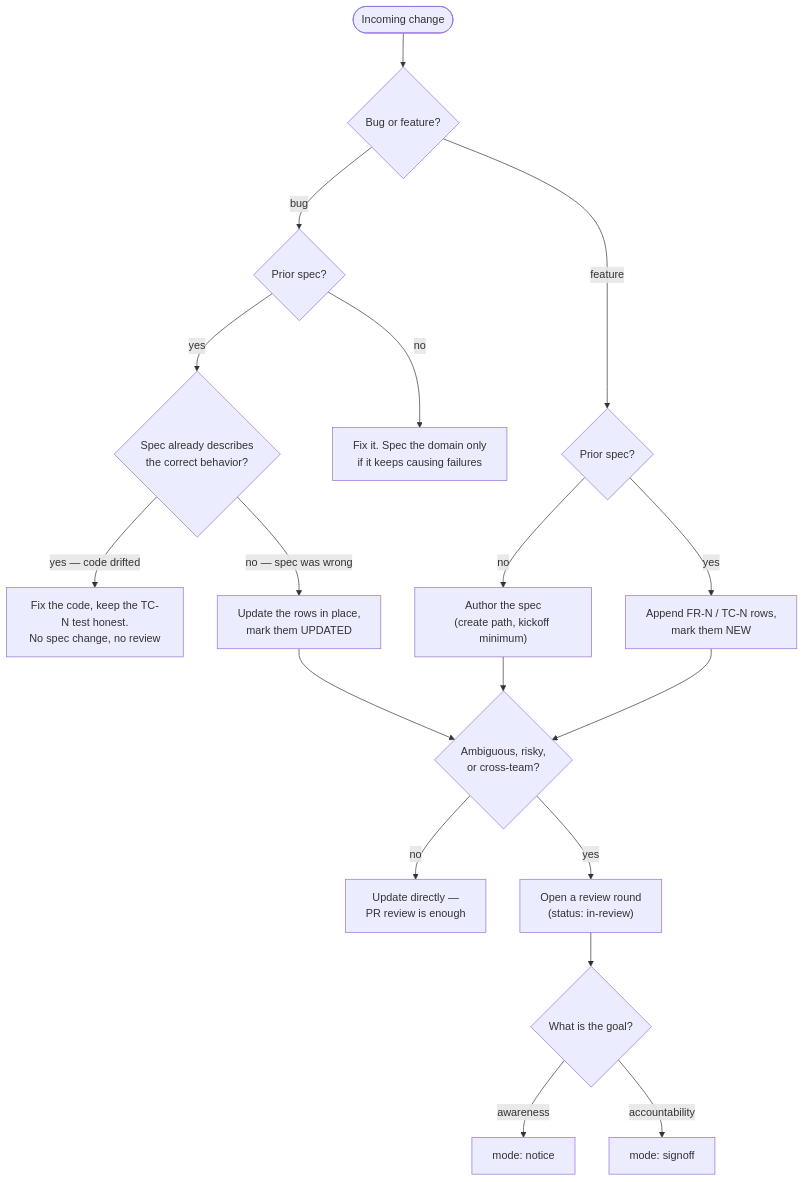
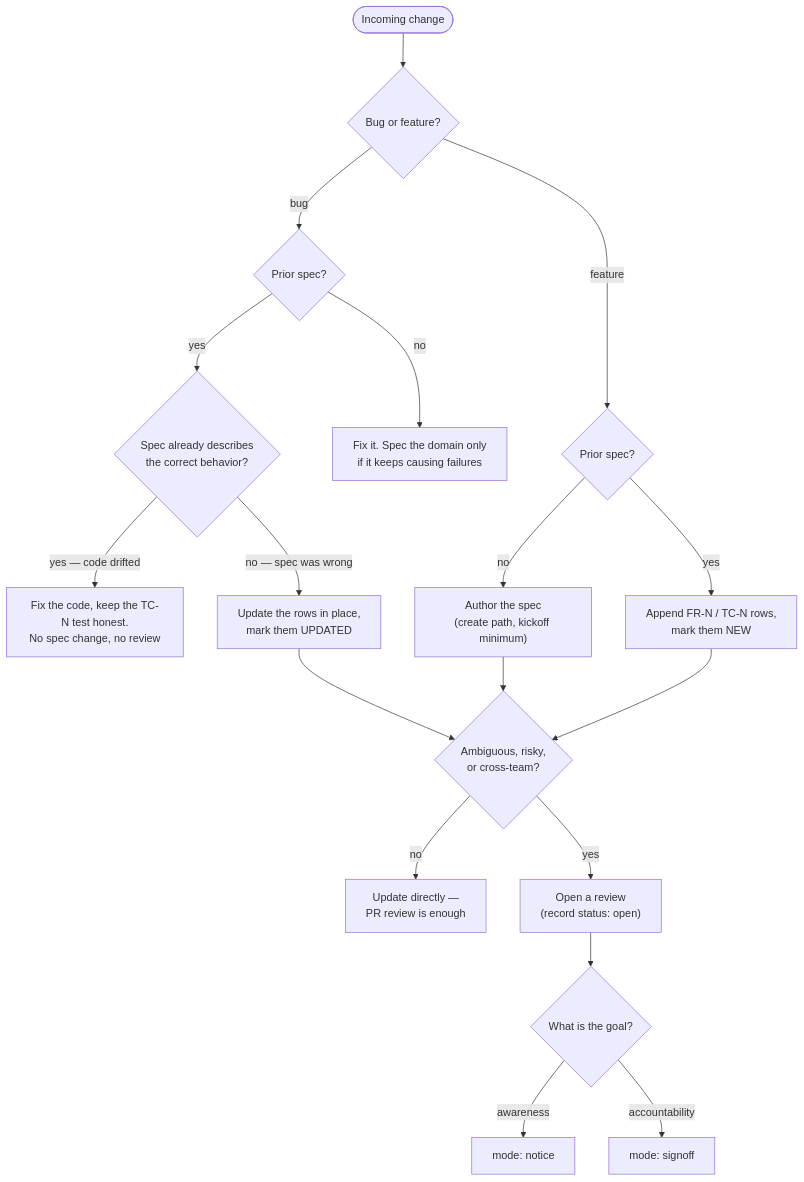
The diagram in REVIEW.md (rosenjcb/spec.md), drawn with Mermaid before and after one commit. The commit also changed other lines of this file and 10 other files, not shown here.

````diff
--- a/REVIEW.md
+++ b/REVIEW.md
@@ -64,25 +65,25 @@
 ```mermaid
 flowchart TD
     change([Incoming change]) --> kind{Bug or feature?}
 
     kind -- bug --> bspec{Prior spec?}
     kind -- feature --> fspec{Prior spec?}
 
     bspec -- no --> fix["Fix it. Spec the domain only<br/>if it keeps causing failures"]
     bspec -- yes --> drift{Spec already describes<br/>the correct behavior?}
     drift -- "yes — code drifted" --> conform["Fix the code, keep the TC-N test honest.<br/>No spec change, no review"]
     drift -- "no — spec was wrong" --> amend["Update the rows in place,<br/>mark them UPDATED"]
 
     fspec -- no --> author["Author the spec<br/>(create path, kickoff minimum)"]
     fspec -- yes --> extend["Append FR-N / TC-N rows,<br/>mark them NEW"]
 
     amend --> gate{Ambiguous, risky,<br/>or cross-team?}
     author --> gate
     extend --> gate
 
     gate -- no --> direct["Update directly —<br/>PR review is enough"]
-    gate -- yes --> round["Open a review round<br/>(status: in-review)"]
+    gate -- yes --> round["Open a review<br/>(record status: open)"]
     round --> goal{What is the goal?}
     goal -- awareness --> notice["mode: notice"]
     goal -- accountability --> signoff["mode: signoff"]
 ```
````
